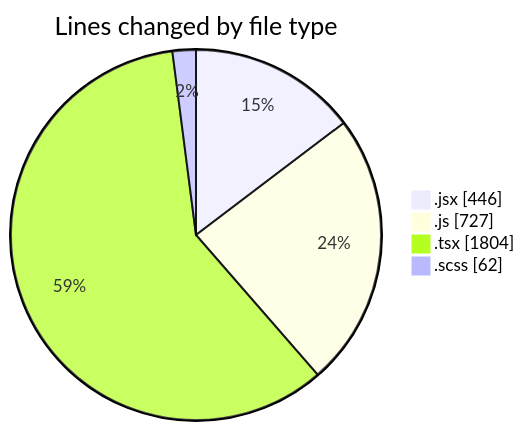
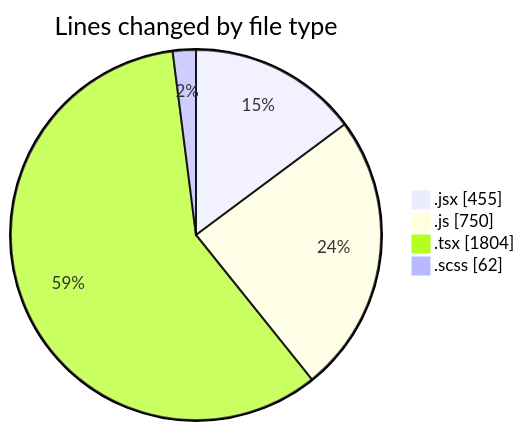
The first of 2 diagrams in 2026-02-12/cda/README.md (momahboobian/code-tracking), drawn with Mermaid before and after one commit. The commit also changed other lines of this file and 1 other file, not shown here.

````diff
--- a/2026-02-12/cda/README.md
+++ b/2026-02-12/cda/README.md
@@ -27,8 +27,8 @@
 ```mermaid
 pie showData
 title Lines changed by file type
-".jsx" : 446
-".js" : 727
+".jsx" : 455
+".js" : 750
 ".tsx" : 1804
 ".scss" : 62
 ```
````
